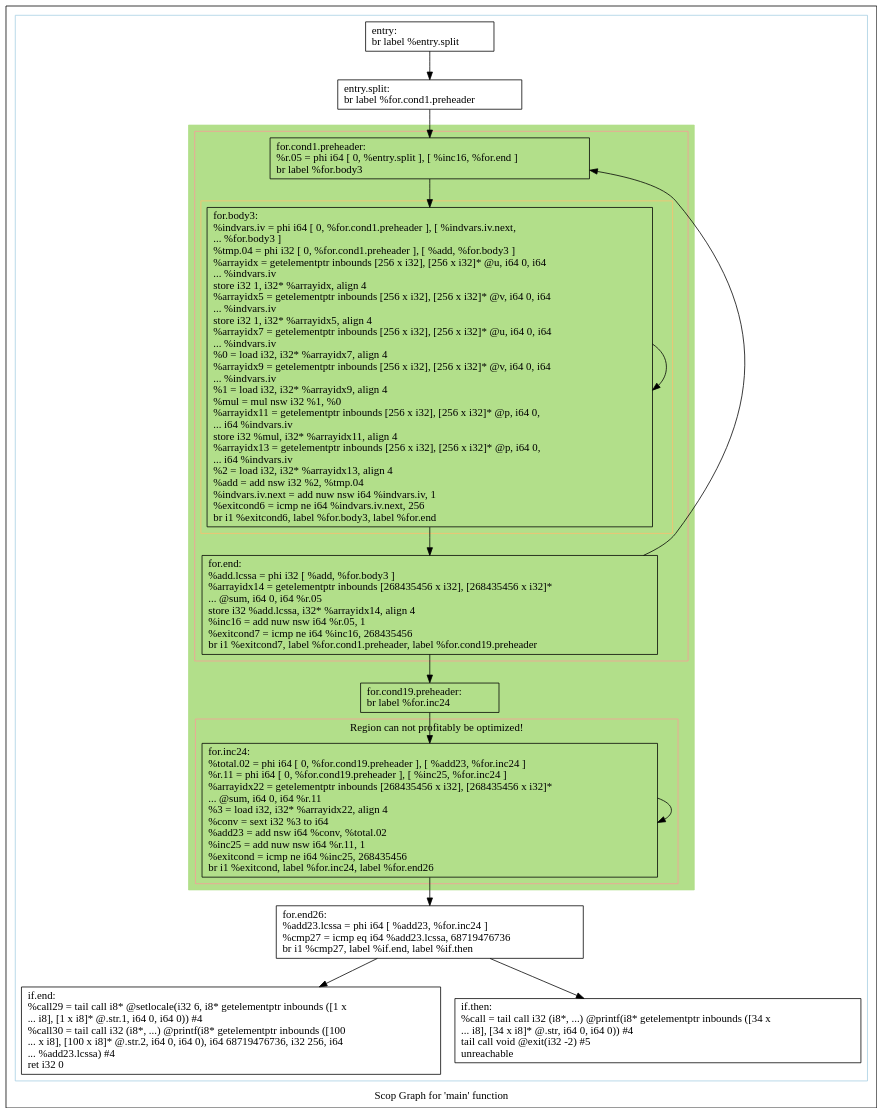
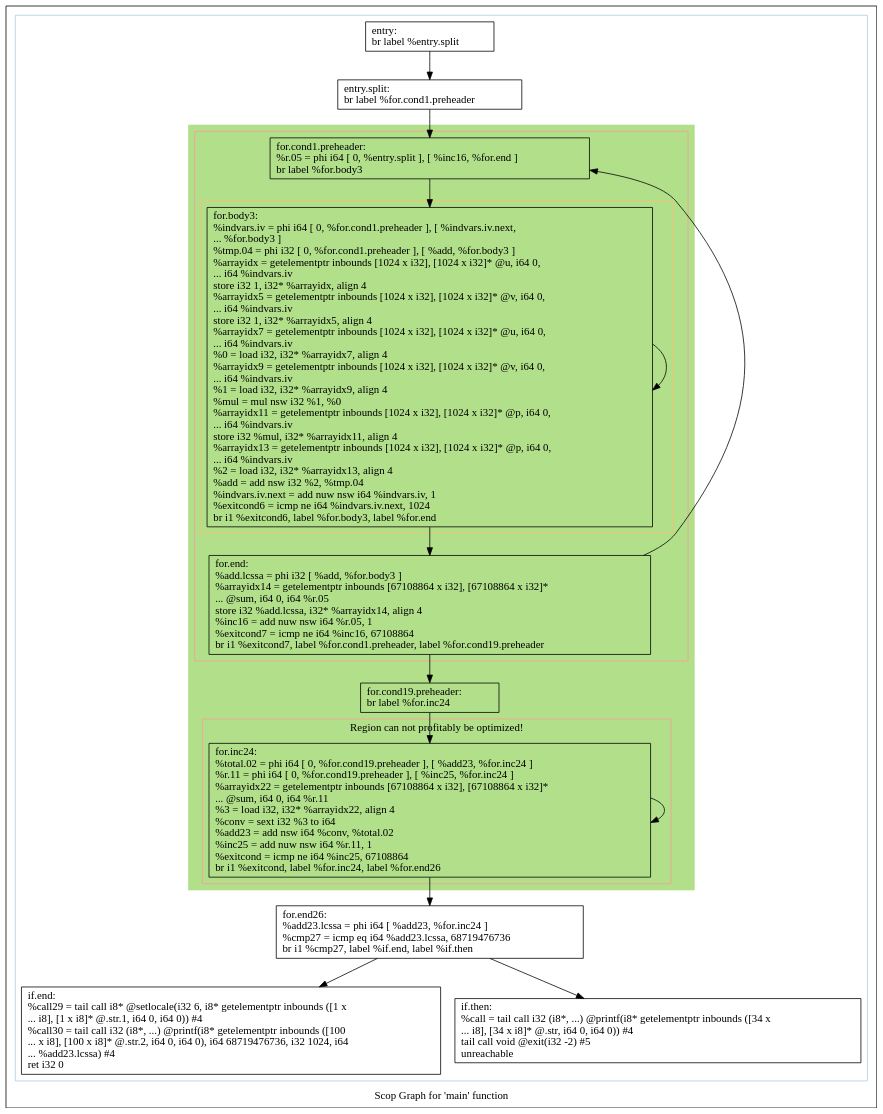
The diagram in polly/VectorMult/impl/handwritten2/dot/scops.main.dot (samminweng/WhileyOpenCL), drawn with Graphviz before and after one commit. The commit also changed 26 other files, not shown here.

```diff
--- a/polly/VectorMult/impl/handwritten2/dot/scops.main.dot
+++ b/polly/VectorMult/impl/handwritten2/dot/scops.main.dot
@@ -1,61 +1,61 @@
 digraph "Scop Graph for 'main' function" {
 	label="Scop Graph for 'main' function";
 
-	Node0x4e1bed0 [shape=record,label="{entry:\l  br label %entry.split\l}"];
-	Node0x4e1bed0 -> Node0x4e2ceb0;
-	Node0x4e2ceb0 [shape=record,label="{entry.split:                                      \l  br label %for.cond1.preheader\l}"];
-	Node0x4e2ceb0 -> Node0x4e1bff0;
-	Node0x4e1bff0 [shape=record,label="{for.cond1.preheader:                              \l  %r.05 = phi i64 [ 0, %entry.split ], [ %inc16, %for.end ]\l  br label %for.body3\l}"];
-	Node0x4e1bff0 -> Node0x4e2f3f0;
-	Node0x4e2f3f0 [shape=record,label="{for.body3:                                        \l  %indvars.iv = phi i64 [ 0, %for.cond1.preheader ], [ %indvars.iv.next,\l... %for.body3 ]\l  %tmp.04 = phi i32 [ 0, %for.cond1.preheader ], [ %add, %for.body3 ]\l  %arrayidx = getelementptr inbounds [256 x i32], [256 x i32]* @u, i64 0, i64\l... %indvars.iv\l  store i32 1, i32* %arrayidx, align 4\l  %arrayidx5 = getelementptr inbounds [256 x i32], [256 x i32]* @v, i64 0, i64\l... %indvars.iv\l  store i32 1, i32* %arrayidx5, align 4\l  %arrayidx7 = getelementptr inbounds [256 x i32], [256 x i32]* @u, i64 0, i64\l... %indvars.iv\l  %0 = load i32, i32* %arrayidx7, align 4\l  %arrayidx9 = getelementptr inbounds [256 x i32], [256 x i32]* @v, i64 0, i64\l... %indvars.iv\l  %1 = load i32, i32* %arrayidx9, align 4\l  %mul = mul nsw i32 %1, %0\l  %arrayidx11 = getelementptr inbounds [256 x i32], [256 x i32]* @p, i64 0,\l... i64 %indvars.iv\l  store i32 %mul, i32* %arrayidx11, align 4\l  %arrayidx13 = getelementptr inbounds [256 x i32], [256 x i32]* @p, i64 0,\l... i64 %indvars.iv\l  %2 = load i32, i32* %arrayidx13, align 4\l  %add = add nsw i32 %2, %tmp.04\l  %indvars.iv.next = add nuw nsw i64 %indvars.iv, 1\l  %exitcond6 = icmp ne i64 %indvars.iv.next, 256\l  br i1 %exitcond6, label %for.body3, label %for.end\l}"];
-	Node0x4e2f3f0 -> Node0x4e2f3f0[constraint=false];
-	Node0x4e2f3f0 -> Node0x4e2cdf0;
-	Node0x4e2cdf0 [shape=record,label="{for.end:                                          \l  %add.lcssa = phi i32 [ %add, %for.body3 ]\l  %arrayidx14 = getelementptr inbounds [268435456 x i32], [268435456 x i32]*\l... @sum, i64 0, i64 %r.05\l  store i32 %add.lcssa, i32* %arrayidx14, align 4\l  %inc16 = add nuw nsw i64 %r.05, 1\l  %exitcond7 = icmp ne i64 %inc16, 268435456\l  br i1 %exitcond7, label %for.cond1.preheader, label %for.cond19.preheader\l}"];
-	Node0x4e2cdf0 -> Node0x4e1bff0[constraint=false];
-	Node0x4e2cdf0 -> Node0x4e2c5b0;
-	Node0x4e2c5b0 [shape=record,label="{for.cond19.preheader:                             \l  br label %for.inc24\l}"];
-	Node0x4e2c5b0 -> Node0x4e2cd80;
-	Node0x4e2cd80 [shape=record,label="{for.inc24:                                        \l  %total.02 = phi i64 [ 0, %for.cond19.preheader ], [ %add23, %for.inc24 ]\l  %r.11 = phi i64 [ 0, %for.cond19.preheader ], [ %inc25, %for.inc24 ]\l  %arrayidx22 = getelementptr inbounds [268435456 x i32], [268435456 x i32]*\l... @sum, i64 0, i64 %r.11\l  %3 = load i32, i32* %arrayidx22, align 4\l  %conv = sext i32 %3 to i64\l  %add23 = add nsw i64 %conv, %total.02\l  %inc25 = add nuw nsw i64 %r.11, 1\l  %exitcond = icmp ne i64 %inc25, 268435456\l  br i1 %exitcond, label %for.inc24, label %for.end26\l}"];
-	Node0x4e2cd80 -> Node0x4e2cd80[constraint=false];
-	Node0x4e2cd80 -> Node0x4e2c620;
-	Node0x4e2c620 [shape=record,label="{for.end26:                                        \l  %add23.lcssa = phi i64 [ %add23, %for.inc24 ]\l  %cmp27 = icmp eq i64 %add23.lcssa, 68719476736\l  br i1 %cmp27, label %if.end, label %if.then\l}"];
-	Node0x4e2c620 -> Node0x4e2cce0;
-	Node0x4e2c620 -> Node0x4e2cdd0;
-	Node0x4e2cce0 [shape=record,label="{if.end:                                           \l  %call29 = tail call i8* @setlocale(i32 6, i8* getelementptr inbounds ([1 x\l... i8], [1 x i8]* @.str.1, i64 0, i64 0)) #4\l  %call30 = tail call i32 (i8*, ...) @printf(i8* getelementptr inbounds ([100\l... x i8], [100 x i8]* @.str.2, i64 0, i64 0), i64 68719476736, i32 256, i64\l... %add23.lcssa) #4\l  ret i32 0\l}"];
-	Node0x4e2cdd0 [shape=record,label="{if.then:                                          \l  %call = tail call i32 (i8*, ...) @printf(i8* getelementptr inbounds ([34 x\l... i8], [34 x i8]* @.str, i64 0, i64 0)) #4\l  tail call void @exit(i32 -2) #5\l  unreachable\l}"];
+	Node0x6aeeea0 [shape=record,label="{entry:\l  br label %entry.split\l}"];
+	Node0x6aeeea0 -> Node0x6affe80;
+	Node0x6affe80 [shape=record,label="{entry.split:                                      \l  br label %for.cond1.preheader\l}"];
+	Node0x6affe80 -> Node0x6aeefc0;
+	Node0x6aeefc0 [shape=record,label="{for.cond1.preheader:                              \l  %r.05 = phi i64 [ 0, %entry.split ], [ %inc16, %for.end ]\l  br label %for.body3\l}"];
+	Node0x6aeefc0 -> Node0x6b023c0;
+	Node0x6b023c0 [shape=record,label="{for.body3:                                        \l  %indvars.iv = phi i64 [ 0, %for.cond1.preheader ], [ %indvars.iv.next,\l... %for.body3 ]\l  %tmp.04 = phi i32 [ 0, %for.cond1.preheader ], [ %add, %for.body3 ]\l  %arrayidx = getelementptr inbounds [1024 x i32], [1024 x i32]* @u, i64 0,\l... i64 %indvars.iv\l  store i32 1, i32* %arrayidx, align 4\l  %arrayidx5 = getelementptr inbounds [1024 x i32], [1024 x i32]* @v, i64 0,\l... i64 %indvars.iv\l  store i32 1, i32* %arrayidx5, align 4\l  %arrayidx7 = getelementptr inbounds [1024 x i32], [1024 x i32]* @u, i64 0,\l... i64 %indvars.iv\l  %0 = load i32, i32* %arrayidx7, align 4\l  %arrayidx9 = getelementptr inbounds [1024 x i32], [1024 x i32]* @v, i64 0,\l... i64 %indvars.iv\l  %1 = load i32, i32* %arrayidx9, align 4\l  %mul = mul nsw i32 %1, %0\l  %arrayidx11 = getelementptr inbounds [1024 x i32], [1024 x i32]* @p, i64 0,\l... i64 %indvars.iv\l  store i32 %mul, i32* %arrayidx11, align 4\l  %arrayidx13 = getelementptr inbounds [1024 x i32], [1024 x i32]* @p, i64 0,\l... i64 %indvars.iv\l  %2 = load i32, i32* %arrayidx13, align 4\l  %add = add nsw i32 %2, %tmp.04\l  %indvars.iv.next = add nuw nsw i64 %indvars.iv, 1\l  %exitcond6 = icmp ne i64 %indvars.iv.next, 1024\l  br i1 %exitcond6, label %for.body3, label %for.end\l}"];
+	Node0x6b023c0 -> Node0x6b023c0[constraint=false];
+	Node0x6b023c0 -> Node0x6affdc0;
+	Node0x6affdc0 [shape=record,label="{for.end:                                          \l  %add.lcssa = phi i32 [ %add, %for.body3 ]\l  %arrayidx14 = getelementptr inbounds [67108864 x i32], [67108864 x i32]*\l... @sum, i64 0, i64 %r.05\l  store i32 %add.lcssa, i32* %arrayidx14, align 4\l  %inc16 = add nuw nsw i64 %r.05, 1\l  %exitcond7 = icmp ne i64 %inc16, 67108864\l  br i1 %exitcond7, label %for.cond1.preheader, label %for.cond19.preheader\l}"];
+	Node0x6affdc0 -> Node0x6aeefc0[constraint=false];
+	Node0x6affdc0 -> Node0x6aff580;
+	Node0x6aff580 [shape=record,label="{for.cond19.preheader:                             \l  br label %for.inc24\l}"];
+	Node0x6aff580 -> Node0x6affd50;
+	Node0x6affd50 [shape=record,label="{for.inc24:                                        \l  %total.02 = phi i64 [ 0, %for.cond19.preheader ], [ %add23, %for.inc24 ]\l  %r.11 = phi i64 [ 0, %for.cond19.preheader ], [ %inc25, %for.inc24 ]\l  %arrayidx22 = getelementptr inbounds [67108864 x i32], [67108864 x i32]*\l... @sum, i64 0, i64 %r.11\l  %3 = load i32, i32* %arrayidx22, align 4\l  %conv = sext i32 %3 to i64\l  %add23 = add nsw i64 %conv, %total.02\l  %inc25 = add nuw nsw i64 %r.11, 1\l  %exitcond = icmp ne i64 %inc25, 67108864\l  br i1 %exitcond, label %for.inc24, label %for.end26\l}"];
+	Node0x6affd50 -> Node0x6affd50[constraint=false];
+	Node0x6affd50 -> Node0x6aff5f0;
+	Node0x6aff5f0 [shape=record,label="{for.end26:                                        \l  %add23.lcssa = phi i64 [ %add23, %for.inc24 ]\l  %cmp27 = icmp eq i64 %add23.lcssa, 68719476736\l  br i1 %cmp27, label %if.end, label %if.then\l}"];
+	Node0x6aff5f0 -> Node0x6affcb0;
+	Node0x6aff5f0 -> Node0x6affda0;
+	Node0x6affcb0 [shape=record,label="{if.end:                                           \l  %call29 = tail call i8* @setlocale(i32 6, i8* getelementptr inbounds ([1 x\l... i8], [1 x i8]* @.str.1, i64 0, i64 0)) #4\l  %call30 = tail call i32 (i8*, ...) @printf(i8* getelementptr inbounds ([100\l... x i8], [100 x i8]* @.str.2, i64 0, i64 0), i64 68719476736, i32 1024, i64\l... %add23.lcssa) #4\l  ret i32 0\l}"];
+	Node0x6affda0 [shape=record,label="{if.then:                                          \l  %call = tail call i32 (i8*, ...) @printf(i8* getelementptr inbounds ([34 x\l... i8], [34 x i8]* @.str, i64 0, i64 0)) #4\l  tail call void @exit(i32 -2) #5\l  unreachable\l}"];
 	colorscheme = "paired12"
-        subgraph cluster_0x4e1be50 {
+        subgraph cluster_0x6aeee20 {
           label = "";
           style = solid;
           color = 1
-          subgraph cluster_0x4e2e140 {
+          subgraph cluster_0x6b01110 {
             label = "";
             style = filled;
-            color = 3            subgraph cluster_0x4e1d230 {
+            color = 3            subgraph cluster_0x6af0200 {
               label = "";
               style = solid;
               color = 5
-              subgraph cluster_0x4e1d1b0 {
+              subgraph cluster_0x6af0180 {
                 label = "";
                 style = solid;
                 color = 7
-                Node0x4e2f3f0;
+                Node0x6b023c0;
               }
-              Node0x4e1bff0;
-              Node0x4e2cdf0;
+              Node0x6aeefc0;
+              Node0x6affdc0;
             }
-            subgraph cluster_0x4e1bf70 {
+            subgraph cluster_0x6aeef40 {
               label = "Region can not profitably be optimized!";
               style = solid;
               color = 5
-              Node0x4e2cd80;
+              Node0x6affd50;
             }
-            Node0x4e2c5b0;
+            Node0x6aff580;
           }
-          Node0x4e1bed0;
-          Node0x4e2ceb0;
-          Node0x4e2c620;
-          Node0x4e2cce0;
-          Node0x4e2cdd0;
+          Node0x6aeeea0;
+          Node0x6affe80;
+          Node0x6aff5f0;
+          Node0x6affcb0;
+          Node0x6affda0;
         }
 }
```
